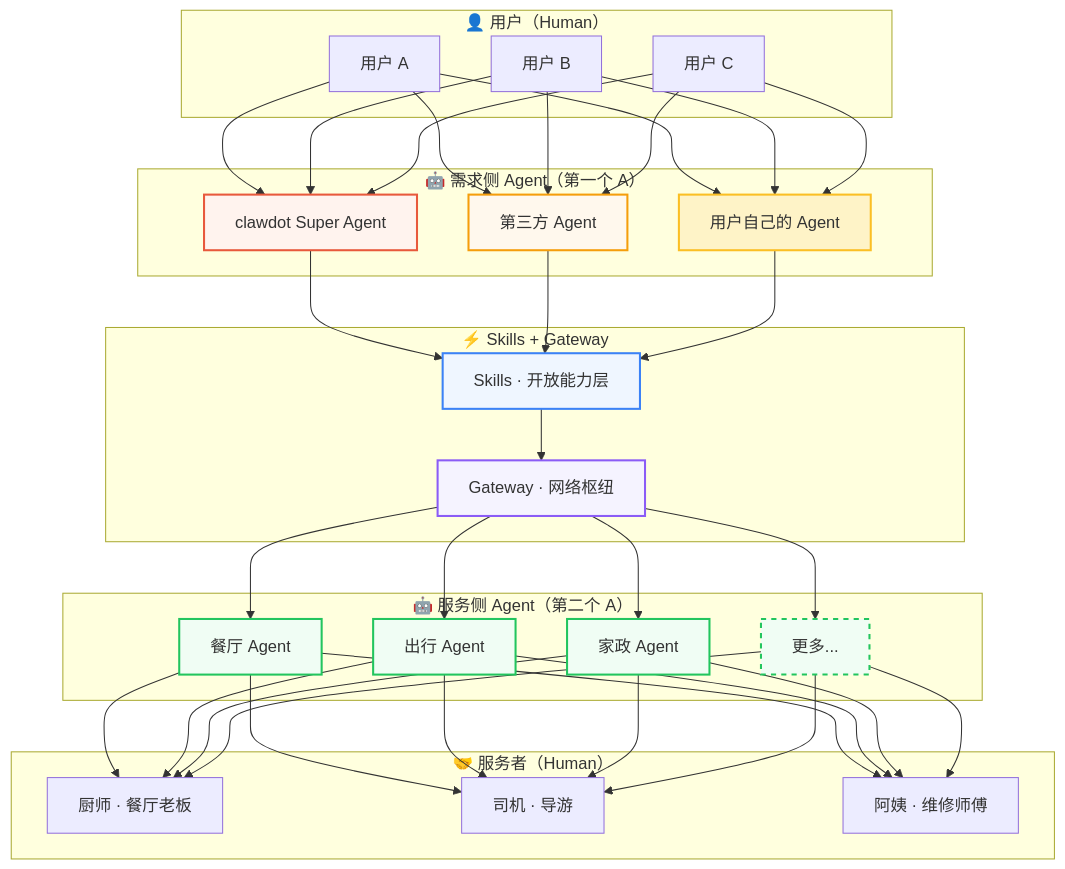
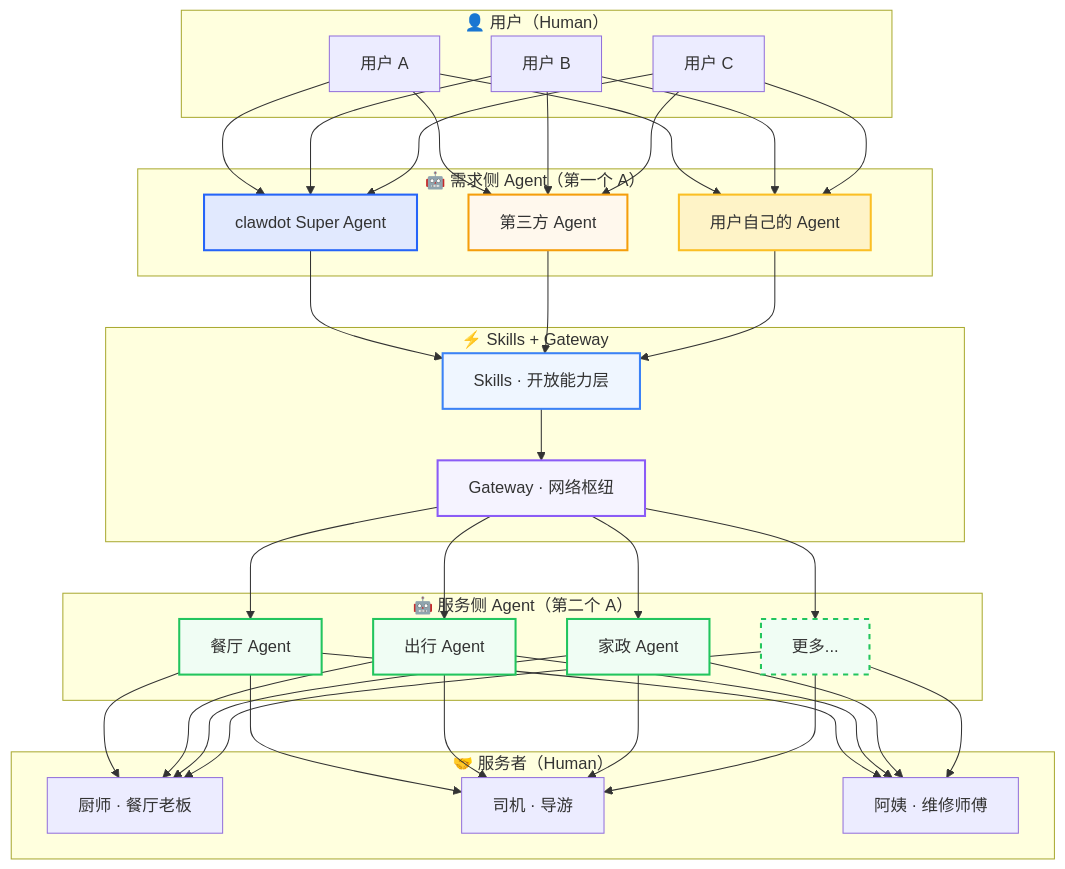
The diagram in overview/architecture.mdx (clawdot/docs), drawn with Mermaid before and after one commit. The commit also changed 43 other files, not shown here.

````diff
--- a/overview/architecture.mdx
+++ b/overview/architecture.mdx
@@ -15,48 +15,48 @@
 ```mermaid
 graph TB
     subgraph 用户侧["👤 用户（Human）"]
         U1["用户 A"]
         U2["用户 B"]
         U3["用户 C"]
     end
 
     subgraph 需求侧Agent["🤖 需求侧 Agent（第一个 A）"]
         SA["clawdot Super Agent"]
         OA["第三方 Agent"]
         PA["用户自己的 Agent"]
     end
 
     subgraph 能力层["⚡ Skills + Gateway"]
         SK["Skills · 开放能力层"]
         GW["Gateway · 网络枢纽"]
     end
 
     subgraph 服务侧Agent["🤖 服务侧 Agent（第二个 A）"]
         RA["餐厅 Agent"]
         TA["出行 Agent"]
         HA["家政 Agent"]
         MA["更多..."]
     end
 
     subgraph 服务者侧["🤝 服务者（Human）"]
         S1["厨师 · 餐厅老板"]
         S2["司机 · 导游"]
         S3["阿姨 · 维修师傅"]
     end
 
     U1 & U2 & U3 --> SA & OA & PA
     SA & OA & PA --> SK
     SK --> GW
     GW --> RA & TA & HA & MA
     RA & TA & HA & MA --> S1 & S2 & S3
 
-    style SA fill:#FFF3EE,stroke:#E8593C,stroke-width:2px
+    style SA fill:#E1E9FE,stroke:#2564F8,stroke-width:2px
     style OA fill:#FFF8ED,stroke:#F59E0B,stroke-width:2px
     style PA fill:#FEF3C7,stroke:#FBBF24,stroke-width:2px
     style SK fill:#EFF6FF,stroke:#3B82F6,stroke-width:2px
     style GW fill:#F5F3FF,stroke:#8B5CF6,stroke-width:2px
     style RA fill:#F0FDF4,stroke:#22C55E,stroke-width:2px
     style TA fill:#F0FDF4,stroke:#22C55E,stroke-width:2px
     style HA fill:#F0FDF4,stroke:#22C55E,stroke-width:2px
     style MA fill:#F0FDF4,stroke:#22C55E,stroke-width:2px,stroke-dasharray: 5 5
 ```
````
